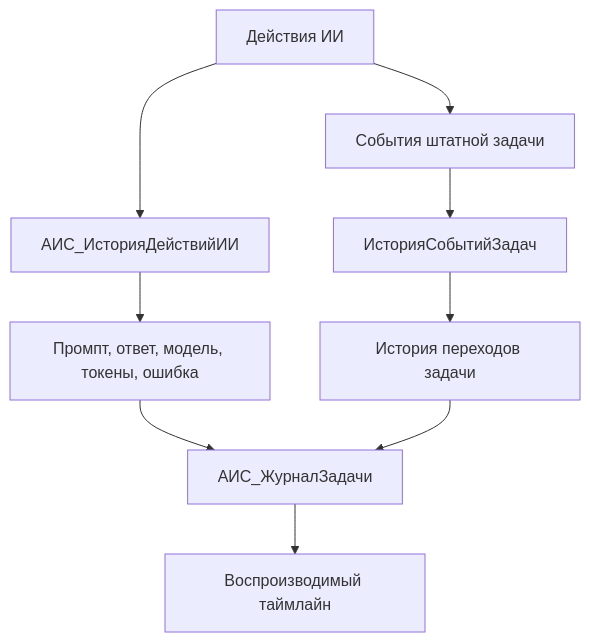
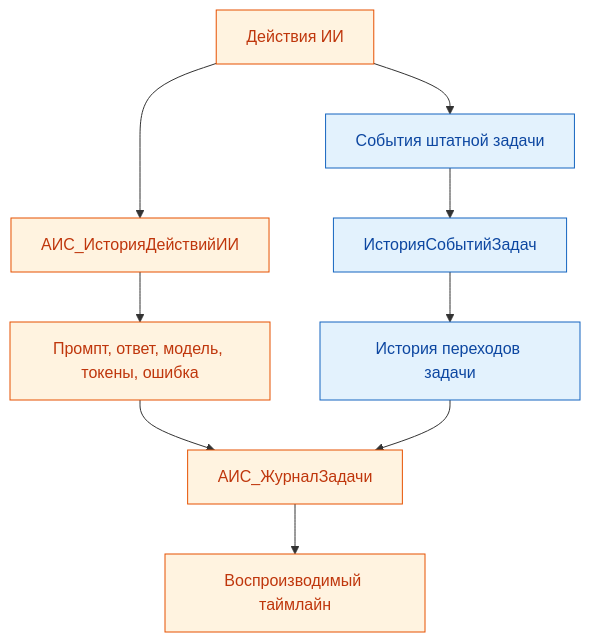
One commit to igorvolk1961/ai_scrivener changed the tenth of 16 diagrams in docs/process-diagrams.md. Above: the diagram before and after it, drawn with Mermaid. The commit also changed other lines of this file and 16 other files, not shown here.

First line of the commit message:
Reorganize docs, add C4 model and color process diagrams

````diff
--- a/docs/process-diagrams.md
+++ b/docs/process-diagrams.md
@@ -248,11 +336,15 @@
 ```mermaid
 flowchart TD
   A["Действия ИИ"] --> B["АИС_ИсторияДействийИИ"]
   A --> C["События штатной задачи"]
   C --> D["ИсторияСобытийЗадач"]
   B --> E["Промпт, ответ, модель, токены, ошибка"]
   D --> F["История переходов задачи"]
   E --> G["АИС_ЖурналЗадачи"]
   F --> G
   G --> H["Воспроизводимый таймлайн"]
+  classDef base fill:#E3F2FD,stroke:#1565C0,color:#0D47A1
+  classDef ext fill:#FFF3E0,stroke:#E65100,color:#BF360C
+  class C,D,F base
+  class A,B,E,G,H ext
 ```
````
